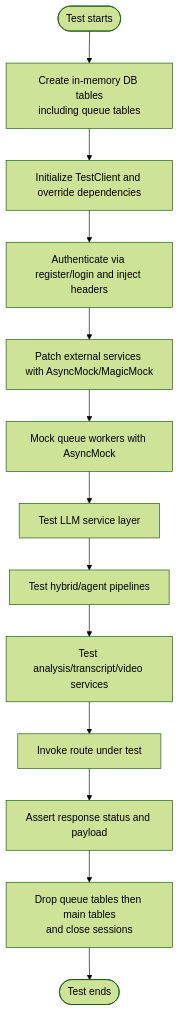
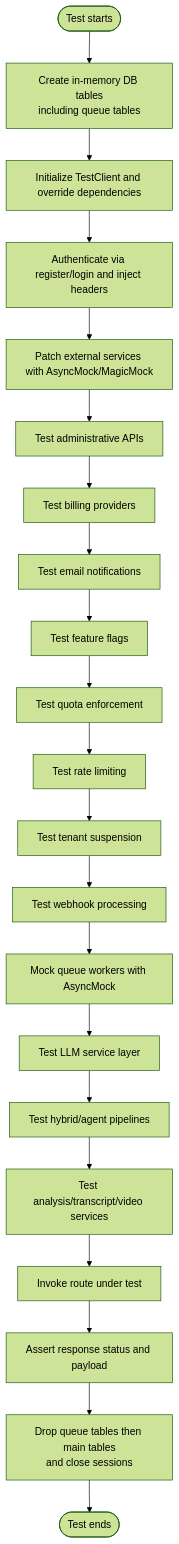
One commit to Revanththetalogics/aireume changed the third of 12 diagrams in .qoder/repowiki/en/content/Testing Strategy.md. Above: the diagram before and after it, drawn with Mermaid (forest theme). The commit also changed other lines of this file and 10 other files, not shown here.

````diff
--- a/.qoder/repowiki/en/content/Testing Strategy.md
+++ b/.qoder/repowiki/en/content/Testing Strategy.md
@@ -206,15 +240,23 @@
 ```mermaid
 flowchart TD
 Start(["Test starts"]) --> DB["Create in-memory DB tables<br/>including queue tables"]
 DB --> Client["Initialize TestClient and override dependencies"]
 Client --> Auth["Authenticate via register/login and inject headers"]
 Auth --> Mocks["Patch external services with AsyncMock/MagicMock"]
-Mocks --> Queue["Mock queue workers with AsyncMock"]
+Mocks --> Admin["Test administrative APIs"]
+Admin --> Billing["Test billing providers"]
+Billing --> Email["Test email notifications"]
+Email --> Flags["Test feature flags"]
+Flags --> Quota["Test quota enforcement"]
+Quota --> Rate["Test rate limiting"]
+Rate --> Suspension["Test tenant suspension"]
+Suspension --> Webhooks["Test webhook processing"]
+Webhooks --> Queue["Mock queue workers with AsyncMock"]
 Queue --> LLM["Test LLM service layer"]
 LLM --> Pipelines["Test hybrid/agent pipelines"]
 Pipelines --> Services["Test analysis/transcript/video services"]
 Services --> RouteCall["Invoke route under test"]
 RouteCall --> Asserts["Assert response status and payload"]
 Asserts --> Cleanup["Drop queue tables then main tables<br/>and close sessions"]
 Cleanup --> End(["Test ends"])
 ```
````
